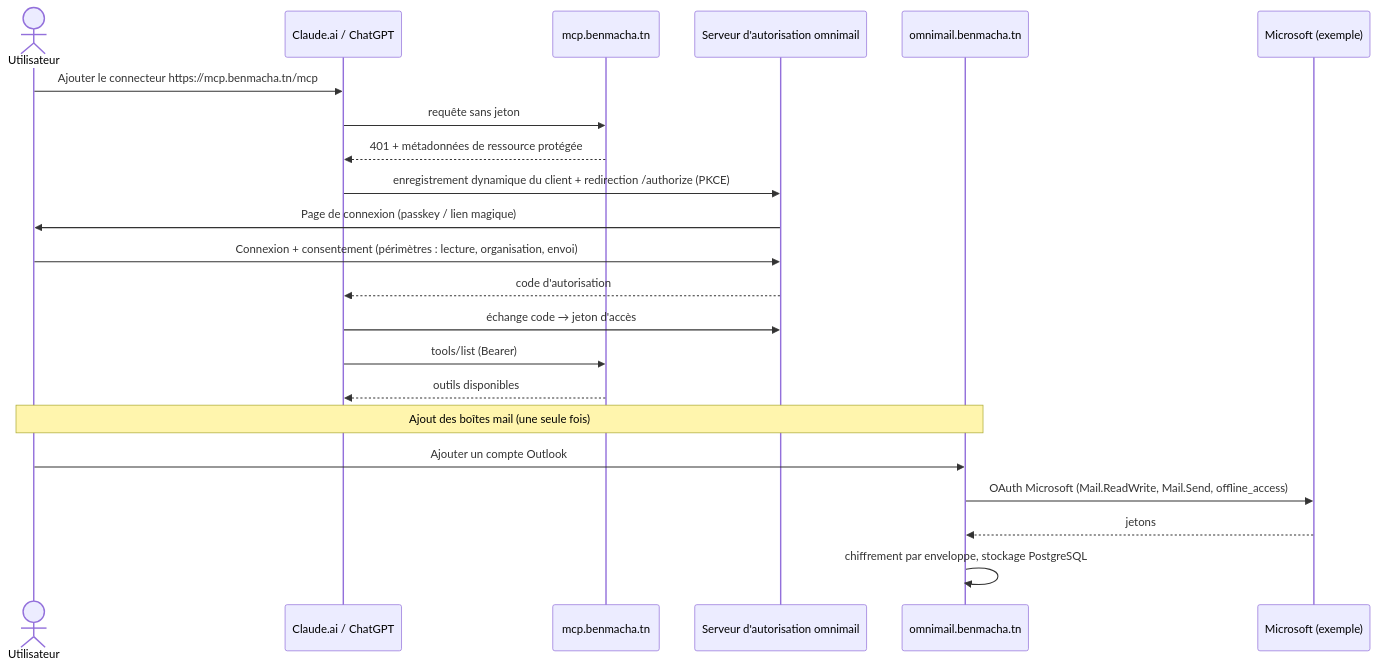
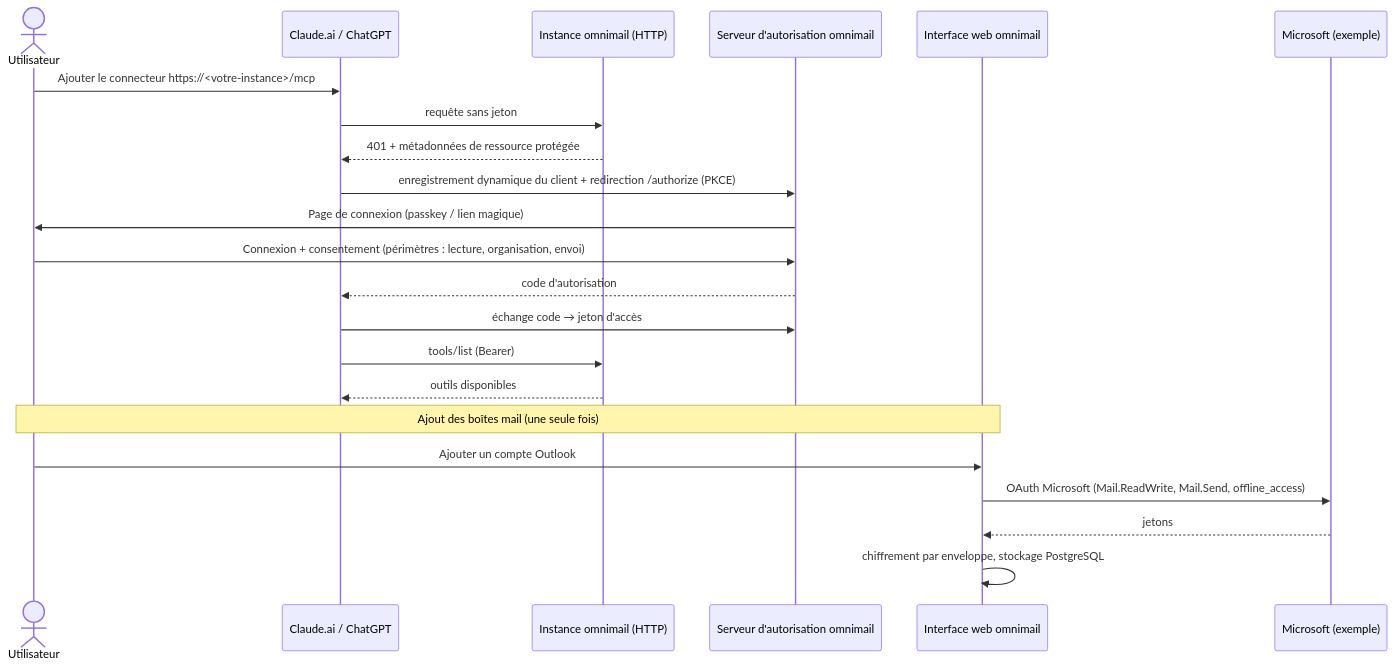
Before and after one commit to BenMacha/omnimail-mcp: the fifth of 14 diagrams in docs/ARCHITECTURE.md, drawn with Mermaid. The commit also changed other lines of this file and 47 other files, not shown here.

````diff
--- a/docs/ARCHITECTURE.md
+++ b/docs/ARCHITECTURE.md
@@ -281,25 +283,25 @@
 ```mermaid
 sequenceDiagram
   actor U as Utilisateur
   participant C as Claude.ai / ChatGPT
-  participant MCP as mcp.benmacha.tn
+  participant MCP as Instance omnimail (HTTP)
   participant AS as Serveur d'autorisation omnimail
-  participant WEB as omnimail.benmacha.tn
+  participant WEB as Interface web omnimail
   participant MS as Microsoft (exemple)
 
-  U->>C: Ajouter le connecteur https://mcp.benmacha.tn/mcp
+  U->>C: Ajouter le connecteur https://<votre-instance>/mcp
   C->>MCP: requête sans jeton
   MCP-->>C: 401 + métadonnées de ressource protégée
   C->>AS: enregistrement dynamique du client + redirection /authorize (PKCE)
   AS->>U: Page de connexion (passkey / lien magique)
   U->>AS: Connexion + consentement (périmètres : lecture, organisation, envoi)
   AS-->>C: code d'autorisation
   C->>AS: échange code → jeton d'accès
   C->>MCP: tools/list (Bearer)
   MCP-->>C: outils disponibles
   Note over U,WEB: Ajout des boîtes mail (une seule fois)
   U->>WEB: Ajouter un compte Outlook
   WEB->>MS: OAuth Microsoft (Mail.ReadWrite, Mail.Send, offline_access)
   MS-->>WEB: jetons
   WEB->>WEB: chiffrement par enveloppe, stockage PostgreSQL
 ```
````
